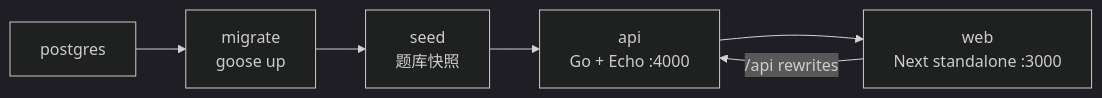
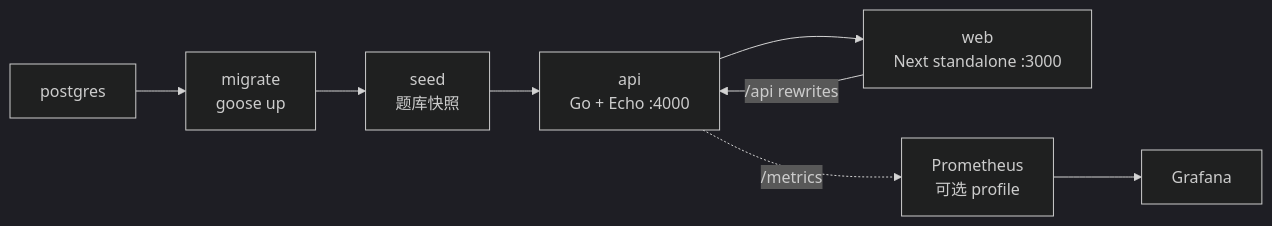
The diagram in docs/deployment.md (jachinzhang1/TouhouFlandre), drawn with Mermaid (dark theme) before and after one commit. The commit also changed other lines of this file and 4 other files, not shown here.

Commit message:
docs(mrx-013): update stable multiplayer architecture and deployment docs

````diff
--- a/docs/deployment.md
+++ b/docs/deployment.md
@@ -9,8 +9,10 @@
 ```mermaid
 flowchart LR
     P[postgres] --> M[migrate<br/>goose up]
     M --> S[seed<br/>题库快照]
     S --> A[api<br/>Go + Echo :4000]
     A --> W[web<br/>Next standalone :3000]
     W -->|/api rewrites| A
+    A -. /metrics .-> Pm[Prometheus<br/>可选 profile]
+    Pm --> G[Grafana]
 ```
````
